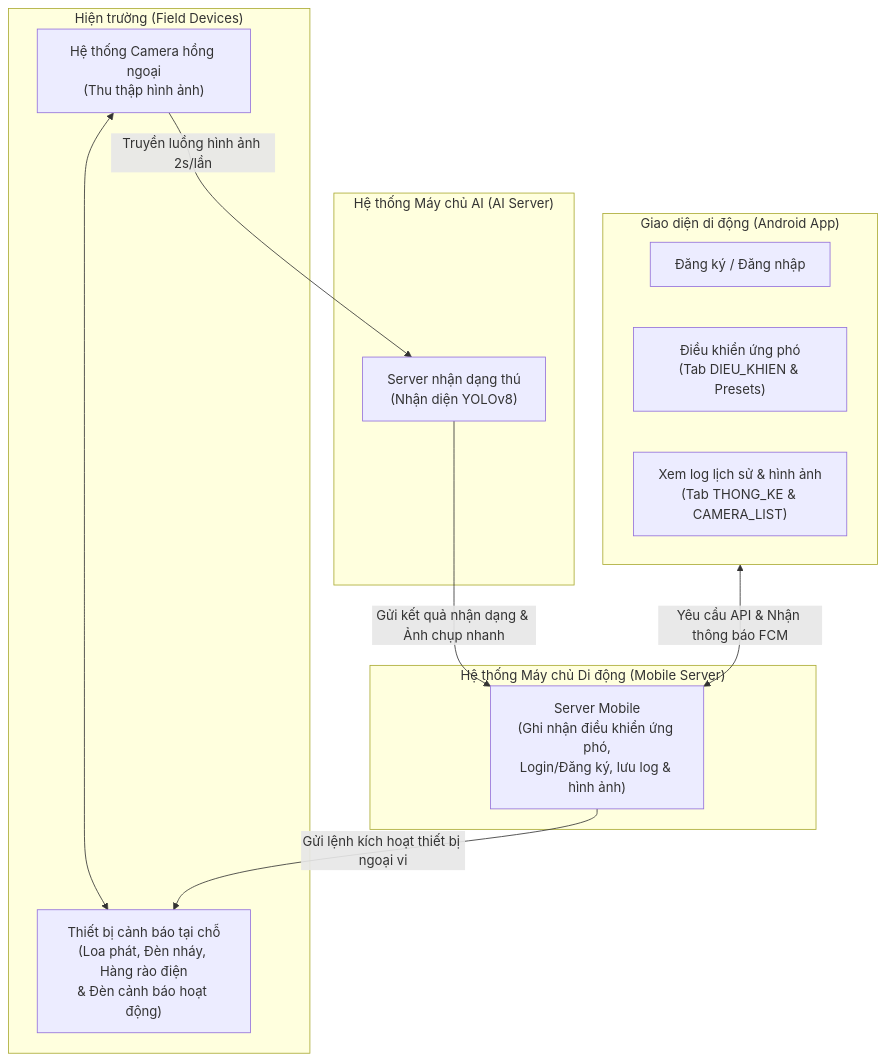
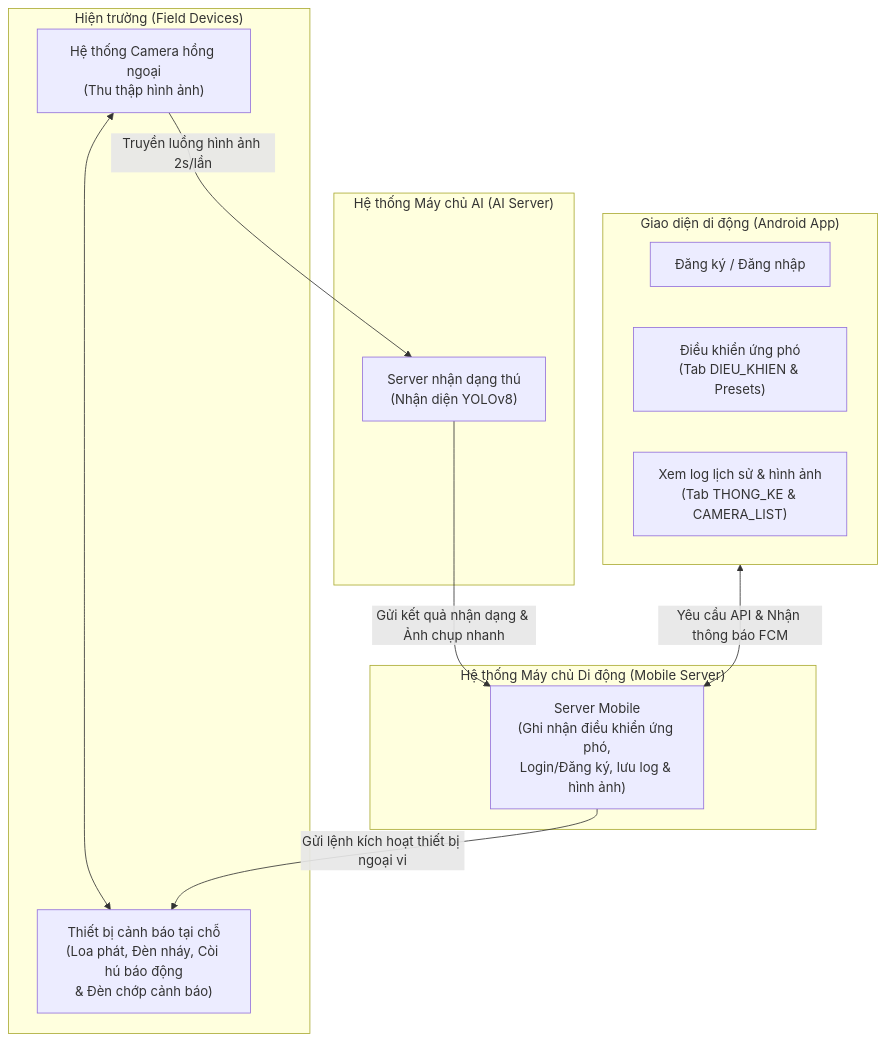
The first of 3 diagrams in docs/01-de-tai-nghien-cuu-canh-bao-dong-vat.md (trungnguyenthien/Wildlife-Warning-and-Deterrence-System), drawn with Mermaid before and after one commit. The commit also changed other lines of this file and 75 other files, not shown here.

````diff
--- a/docs/01-de-tai-nghien-cuu-canh-bao-dong-vat.md
+++ b/docs/01-de-tai-nghien-cuu-canh-bao-dong-vat.md
@@ -82,28 +82,28 @@
 ```mermaid
 flowchart TB
     subgraph Fields["Hiện trường (Field Devices)"]
         Cam["Hệ thống Camera hồng ngoại\n(Thu thập hình ảnh)"]
-        WarningDevices["Thiết bị cảnh báo tại chỗ\n(Loa phát, Đèn nháy, Hàng rào điện\n& Đèn cảnh báo hoạt động)"]
+        WarningDevices["Thiết bị cảnh báo tại chỗ\n(Loa phát, Đèn nháy, Còi hú báo động\n& Đèn chớp cảnh báo)"]
         Cam <--> WarningDevices
     end
 
     subgraph AIServerBox["Hệ thống Máy chủ AI (AI Server)"]
         AIServer["Server nhận dạng thú\n(Nhận diện YOLOv8)"]
     end
 
     subgraph MobileServerBox["Hệ thống Máy chủ Di động (Mobile Server)"]
         MobileServer["Server Mobile\n(Ghi nhận điều khiển ứng phó,\nLogin/Đăng ký, lưu log & hình ảnh)"]
     end
 
     subgraph Android["Giao diện di động (Android App)"]
         AppLogin["Đăng ký / Đăng nhập"]
         AppControl["Điều khiển ứng phó\n(Tab DIEU_KHIEN & Presets)"]
         AppLog["Xem log lịch sử & hình ảnh\n(Tab THONG_KE & CAMERA_LIST)"]
     end
 
     Cam -->|Truyền luồng hình ảnh 2s/lần| AIServer
     AIServer -->|Gửi kết quả nhận dạng & Ảnh chụp nhanh| MobileServer
     MobileServer -->|Gửi lệnh kích hoạt thiết bị ngoại vi| WarningDevices
 
     Android <-->|Yêu cầu API & Nhận thông báo FCM| MobileServer
 ```
````
